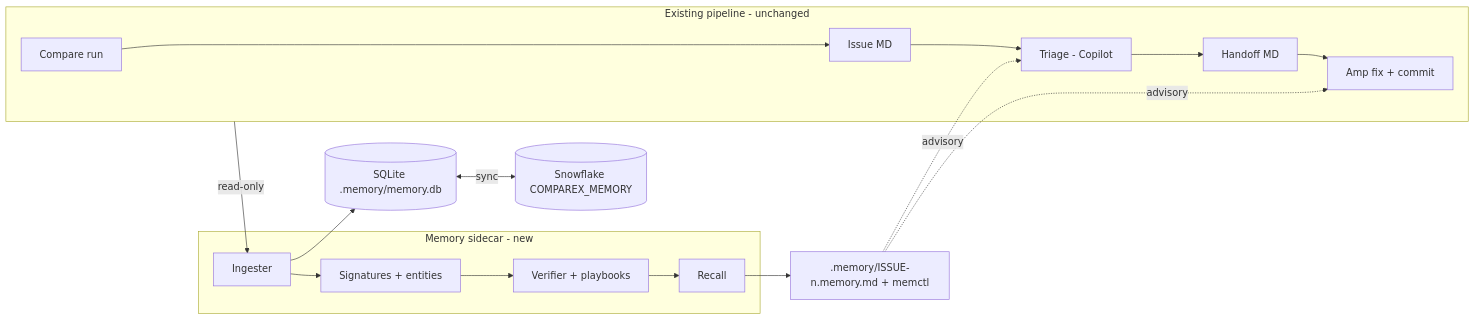
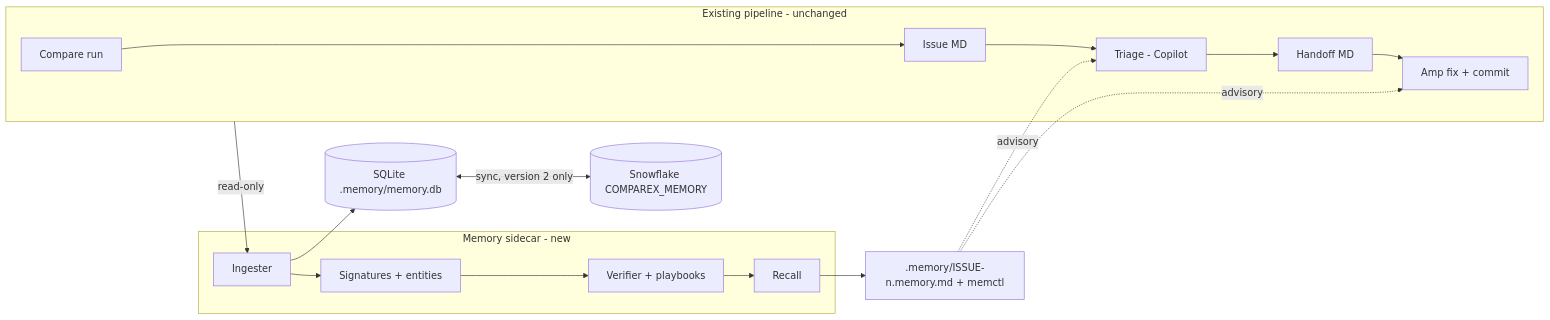
One commit to ankurdhar90/Migration changed the diagram in migration/comparex-memory/docs/SYSTEM_DESIGN.md. Above: the diagram before and after it, drawn with Mermaid. The commit also changed other lines of this file and 23 other files, not shown here.

Commit message:
Split Comparex memory kit into SQLite and SQLite+Snowflake versions

````diff
--- a/migration/comparex-memory/docs/SYSTEM_DESIGN.md
+++ b/migration/comparex-memory/docs/SYSTEM_DESIGN.md
@@ -13,15 +13,15 @@
 ```mermaid
 flowchart LR
   subgraph P[Existing pipeline - unchanged]
     C[Compare run] --> I[Issue MD] --> T[Triage - Copilot] --> H[Handoff MD] --> A[Amp fix + commit]
   end
   subgraph M[Memory sidecar - new]
     G[Ingester] --> S[Signatures + entities] --> V[Verifier + playbooks] --> R[Recall]
   end
   P -- read-only --> G
   G --> DB[(SQLite .memory/memory.db)]
-  DB <-- sync --> SF[(Snowflake COMPAREX_MEMORY)]
+  DB <-- sync, version 2 only --> SF[(Snowflake COMPAREX_MEMORY)]
   R --> F[.memory/ISSUE-n.memory.md + memctl]
   F -. advisory .-> T
   F -. advisory .-> A
 ```
````
